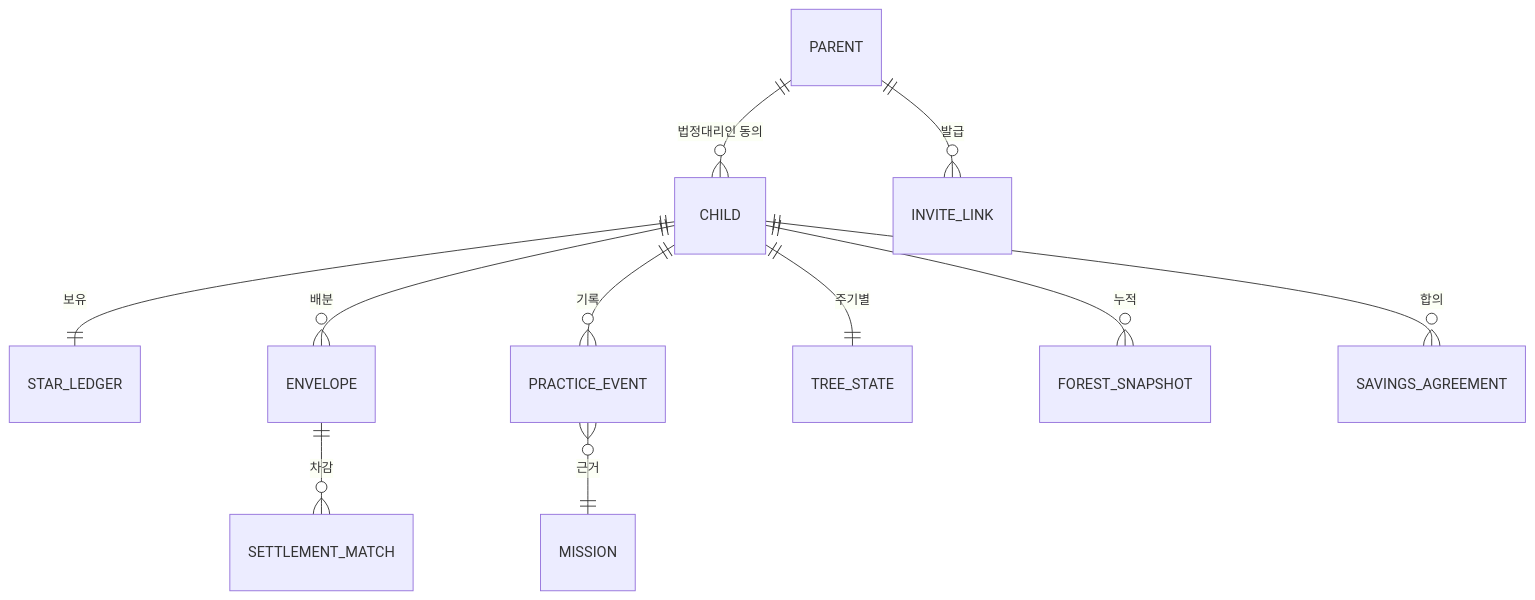
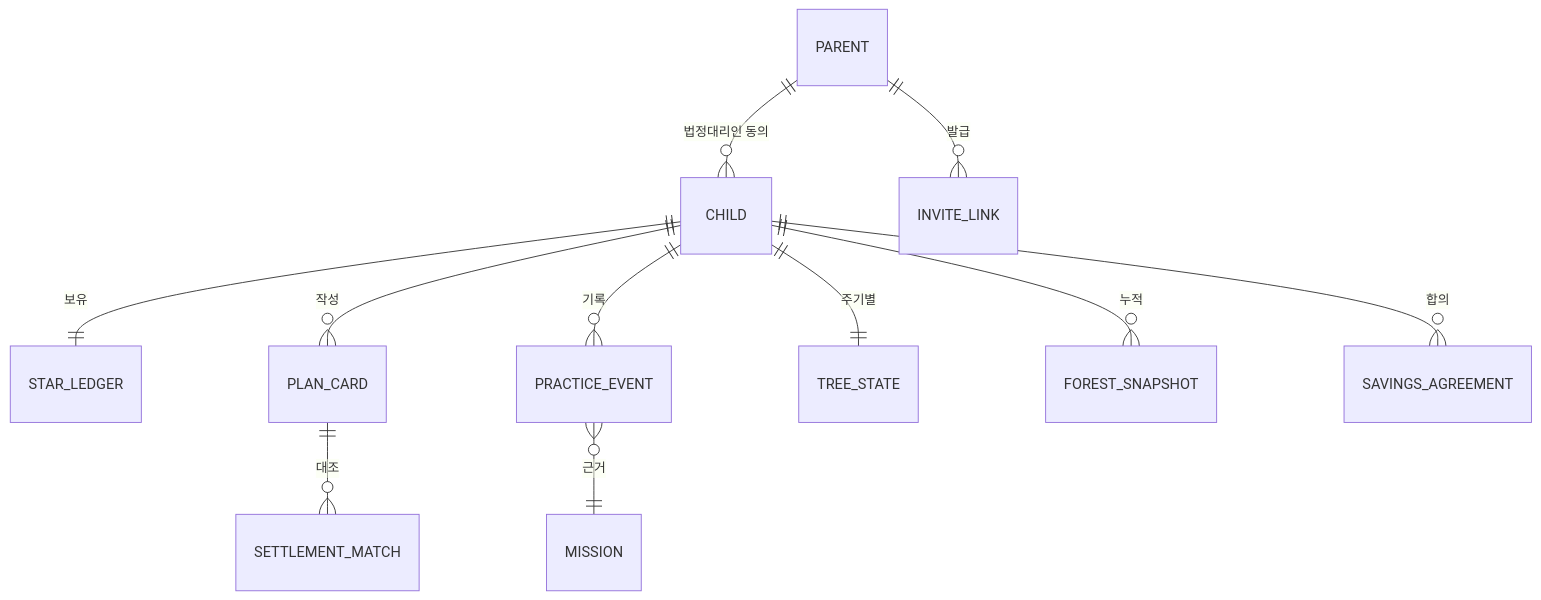
The sixth of 6 diagrams in 공용공간/10. SRS/SRS_핀프렌즈_v1_0.md (scene-one/team1_fin-friends), drawn with Mermaid before and after one commit. The commit also changed other lines of this file and 7 other files, not shown here.

````diff
--- a/공용공간/10. SRS/SRS_핀프렌즈_v1_0.md
+++ b/공용공간/10. SRS/SRS_핀프렌즈_v1_0.md
@@ -558,13 +631,13 @@
 ```mermaid
 erDiagram
     PARENT ||--o{ CHILD : "법정대리인 동의"
     PARENT ||--o{ INVITE_LINK : 발급
     CHILD ||--|| STAR_LEDGER : 보유
-    CHILD ||--o{ ENVELOPE : 배분
+    CHILD ||--o{ PLAN_CARD : 작성
     CHILD ||--o{ PRACTICE_EVENT : 기록
     CHILD ||--|| TREE_STATE : 주기별
     CHILD ||--o{ FOREST_SNAPSHOT : 누적
     CHILD ||--o{ SAVINGS_AGREEMENT : 합의
-    ENVELOPE ||--o{ SETTLEMENT_MATCH : 차감
+    PLAN_CARD ||--o{ SETTLEMENT_MATCH : 대조
     PRACTICE_EVENT }o--|| MISSION : 근거
 ```
````
